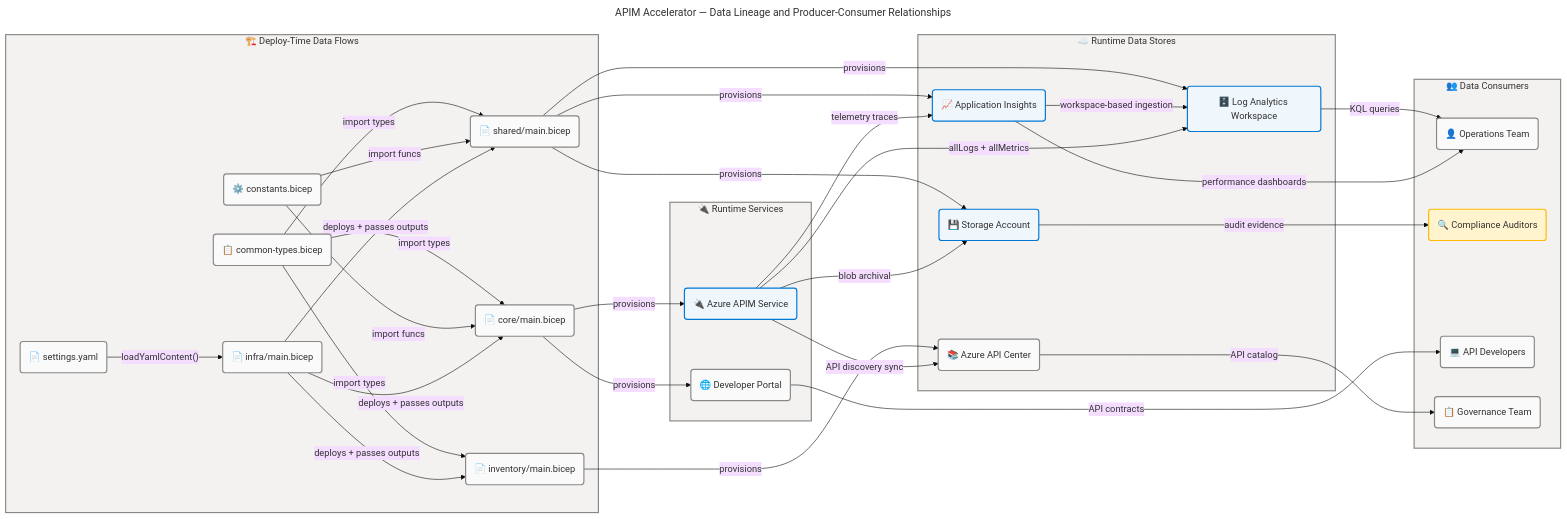
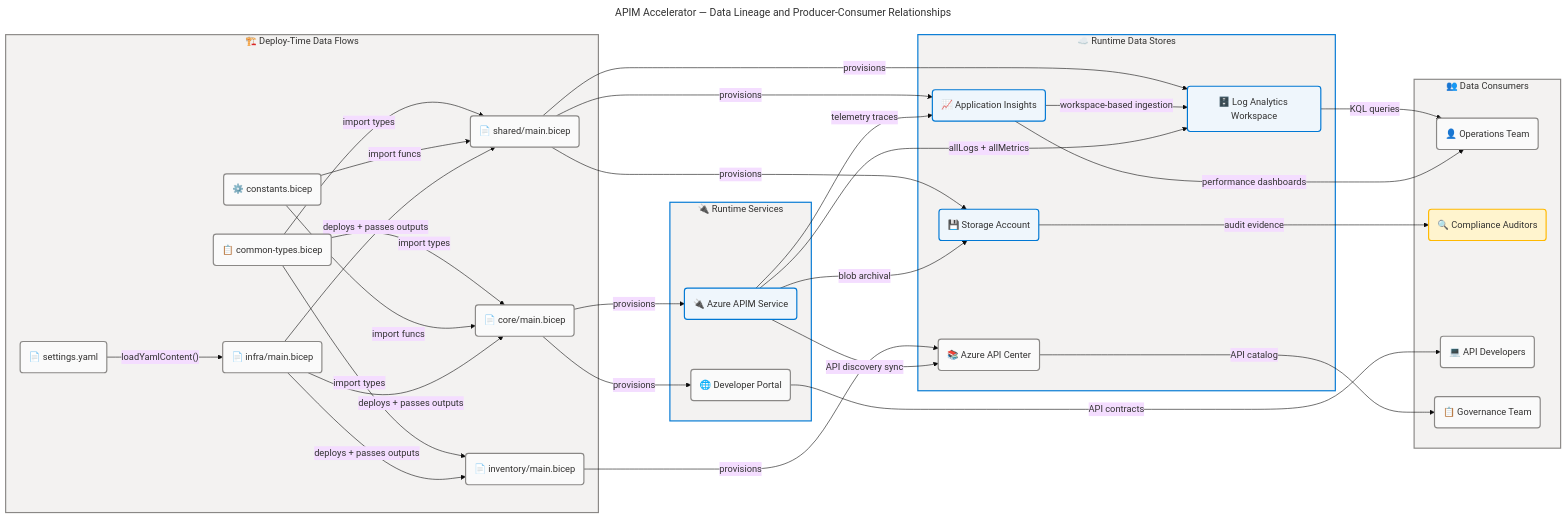
One commit to Evilazaro/APIM-Accelerator changed the fourth of 4 diagrams in docs/architecture/data-architecture.md. Above: the diagram before and after it, drawn with Mermaid. The commit also changed other lines of this file and 3 other files, not shown here.

Commit message:
style: update flowchart colors for consistency and improved clarity across architecture documentation

````diff
--- a/docs/architecture/data-architecture.md
+++ b/docs/architecture/data-architecture.md
@@ -1011,7 +1011,7 @@
     classDef warning fill:#FFF4CE,stroke:#FFB900,stroke-width:2px,color:#323130
 
     style deployTime fill:#F3F2F1,stroke:#8A8886,stroke-width:2px,color:#323130
-    style runtimeStores fill:#F3F2F1,stroke:#8A8886,stroke-width:2px,color:#323130
-    style runtimeServices fill:#F3F2F1,stroke:#8A8886,stroke-width:2px,color:#323130
+    style runtimeStores fill:#F3F2F1,stroke:#0078D4,stroke-width:2px,color:#323130
+    style runtimeServices fill:#F3F2F1,stroke:#0078D4,stroke-width:2px,color:#323130
     style consumers fill:#F3F2F1,stroke:#8A8886,stroke-width:2px,color:#323130
 ```
````
